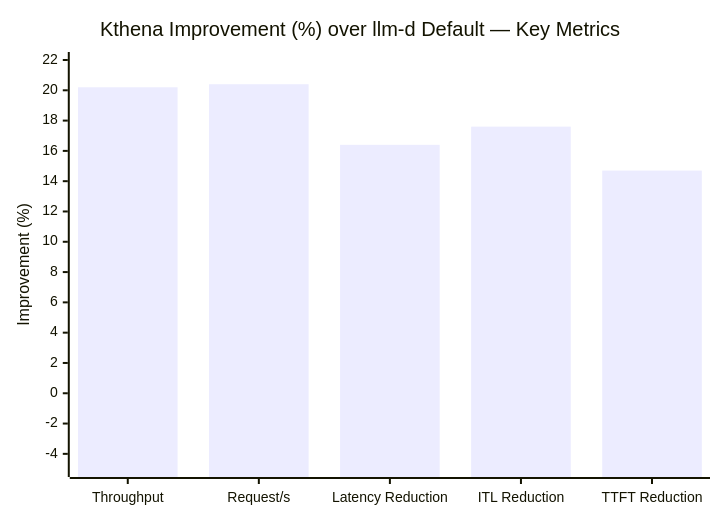
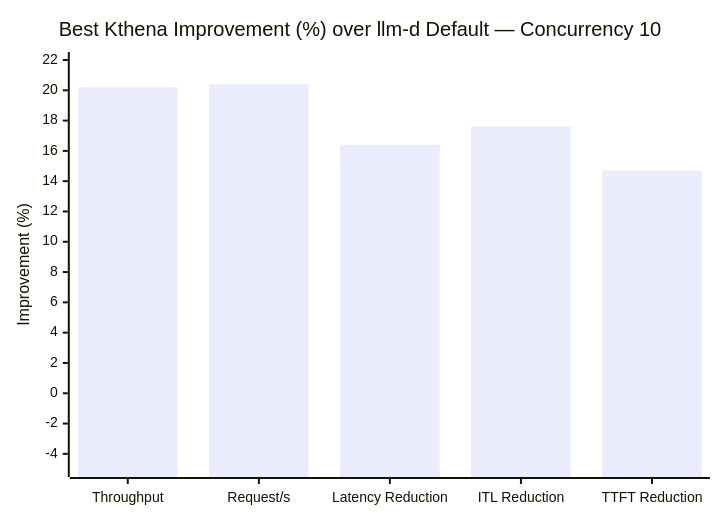
One commit to YaoZengzeng/kthena changed the eighth of 18 diagrams in benchmark-report.md. Above: the diagram before and after it, drawn with Mermaid. The commit also changed other lines of this file, not shown here.

````diff
--- a/benchmark-report.md
+++ b/benchmark-report.md
@@ -127,7 +268,7 @@
 ```mermaid
 xychart-beta
-    title "Kthena Improvement (%) over llm-d Default — Key Metrics"
+    title "Best Kthena Improvement (%) over llm-d Default — Concurrency 10"
     x-axis ["Throughput", "Request/s", "Latency Reduction", "ITL Reduction", "TTFT Reduction"]
     y-axis "Improvement (%)" -5 --> 22
     bar [20.2, 20.4, 16.4, 17.6, 14.7]
 ```
````
